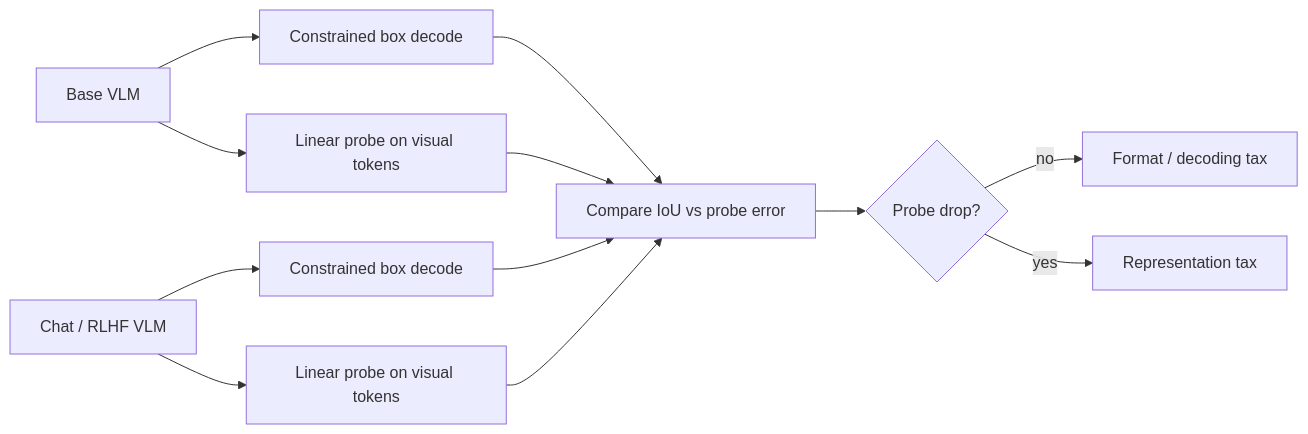
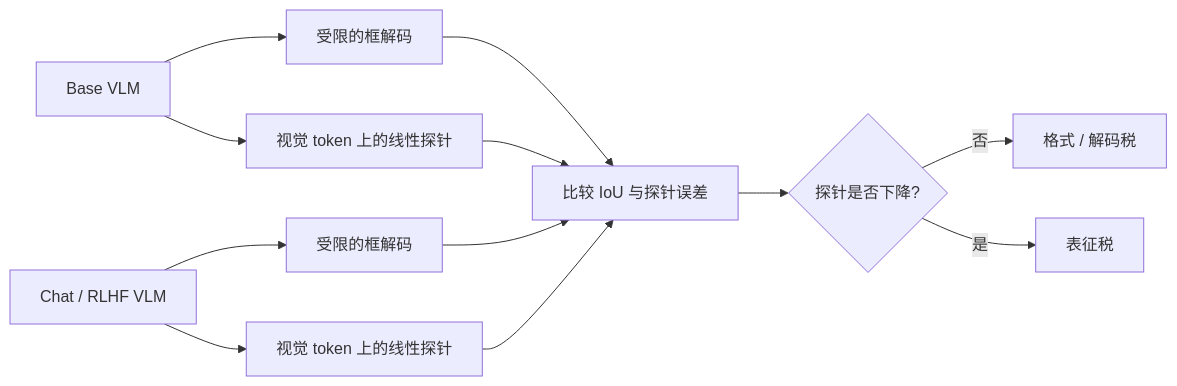
One commit to songkang688/idea changed the diagram in Windows6/Idea_03/diagrams/system.md. Above: the diagram before and after it, drawn with Mermaid. The commit also changed 7 other files, not shown here.

Commit message:
docs(i18n): translate Windows6 diagrams, references, Idea_01 roadmap and literature to Chinese

````diff
--- a/Windows6/Idea_03/diagrams/system.md
+++ b/Windows6/Idea_03/diagrams/system.md
@@ -1,14 +1,14 @@
 ```mermaid
 flowchart LR
-  B[Base VLM] --> G1[Constrained box decode]
-  C[Chat / RLHF VLM] --> G2[Constrained box decode]
-  B --> P1[Linear probe on visual tokens]
-  C --> P2[Linear probe on visual tokens]
-  G1 --> CMP[Compare IoU vs probe error]
+  B[Base VLM] --> G1[受限的框解码]
+  C[Chat / RLHF VLM] --> G2[受限的框解码]
+  B --> P1[视觉 token 上的线性探针]
+  C --> P2[视觉 token 上的线性探针]
+  G1 --> CMP[比较 IoU 与探针误差]
   G2 --> CMP
   P1 --> CMP
   P2 --> CMP
-  CMP --> F{Probe drop?}
-  F -->|no| FMT[Format / decoding tax]
-  F -->|yes| REP[Representation tax]
+  CMP --> F{探针是否下降?}
+  F -->|否| FMT[格式 / 解码税]
+  F -->|是| REP[表征税]
 ```
````
